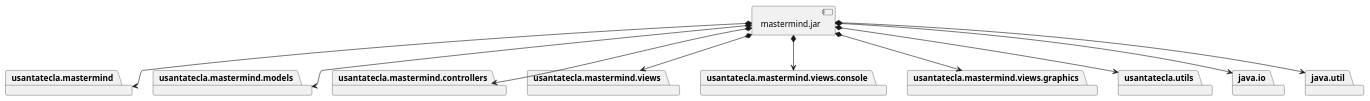
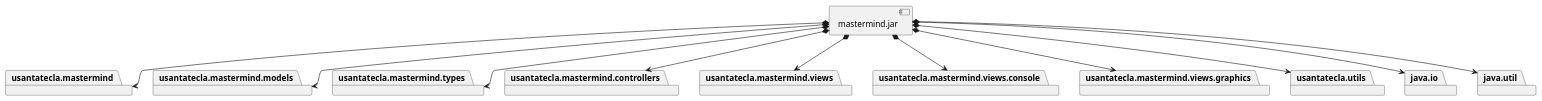
The first of 2 diagrams in modelViewPresenter/presentationModel/basic/docs/diagrams/src/vistas.plantuml (SantaTecla-mastermind/solution.java.swing.socket.sql), drawn with PlantUML before and after one commit. The commit also changed 55 other files, not shown here.

```diff
--- a/modelViewPresenter/presentationModel/basic/docs/diagrams/src/vistas.plantuml
+++ b/modelViewPresenter/presentationModel/basic/docs/diagrams/src/vistas.plantuml
@@ -1,32 +1,35 @@
 @startuml desarrollo_implementacion
 package "  "  as usantatecla.mastermind {
 }
 package "  "  as usantatecla.mastermind.models {
+}
+package "  "  as usantatecla.mastermind.types {
 }
 package "  "  as usantatecla.mastermind.controllers{
 }
 package "  "  as usantatecla.mastermind.views {
 }
 package "  "  as usantatecla.mastermind.views.console {
 }
 package "  "  as usantatecla.mastermind.views.graphics {
 }
 package "  "  as usantatecla.utils {
 }
 package "  "  as java.io {
 }
 package "  "  as java.util {
 }
 
 [mastermind.jar] as jar
 
 jar *--> usantatecla.mastermind
 jar *--> usantatecla.mastermind.models
+jar *--> usantatecla.mastermind.types
 jar *--> usantatecla.mastermind.controllers
 jar *--> usantatecla.mastermind.views
 jar *--> usantatecla.mastermind.views.console
 jar *--> usantatecla.mastermind.views.graphics
 jar *--> usantatecla.utils
 jar *--> java.io
 jar *--> java.util
 @enduml
```
